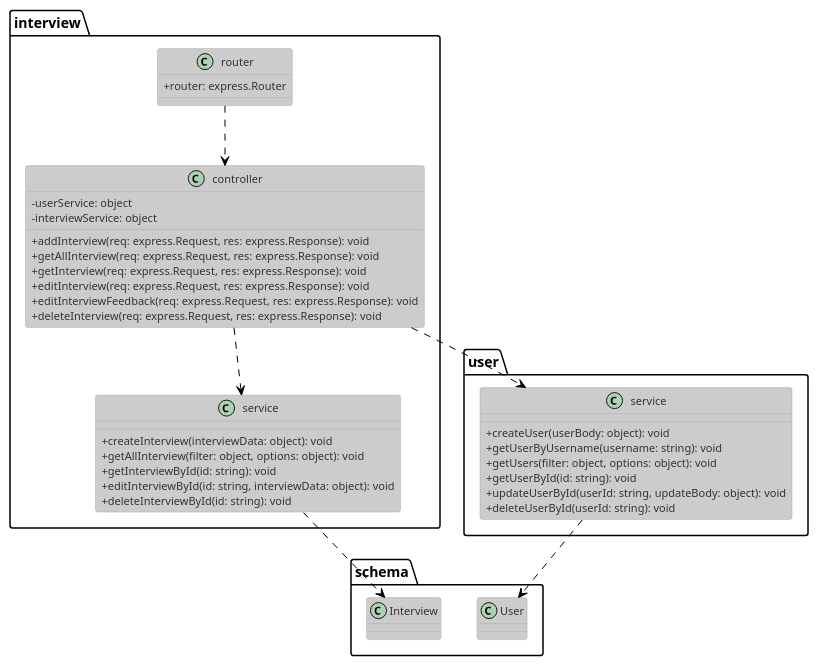
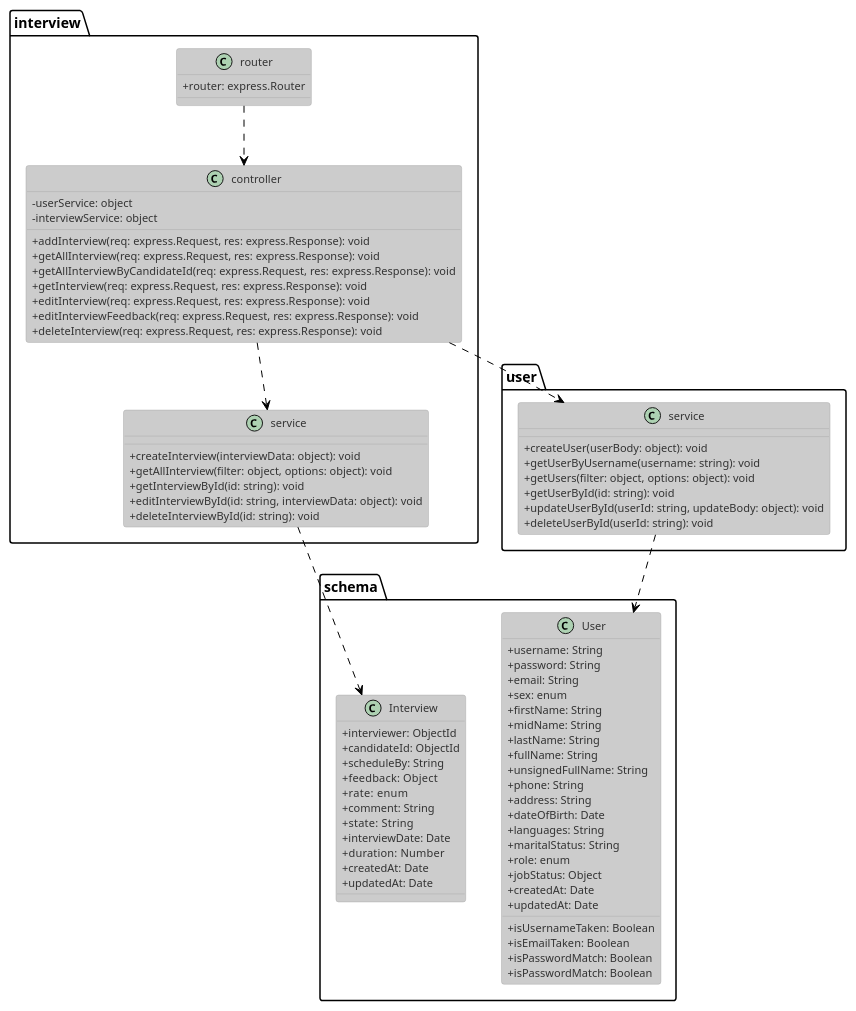
One commit to tuannm99/RMS changed the diagram in plantuml/class/interview.puml. Above: the diagram before and after it, drawn with PlantUML. The commit also changed 8 other files, not shown here.

```diff
--- a/plantuml/class/interview.puml
+++ b/plantuml/class/interview.puml
@@ -1,52 +1,85 @@
 @startuml interviewClass
 !theme reddress-lightblue
 
 skinparam classAttributeIconSize 0
 class interview.controller{
   - {field} userService: object
   - {field} interviewService: object
 
   + {method} addInterview(req: express.Request, res: express.Response): void
   + {method} getAllInterview(req: express.Request, res: express.Response): void
+  + {method} getAllInterviewByCandidateId(req: express.Request, res: express.Response): void
   + {method} getInterview(req: express.Request, res: express.Response): void
   + {method} editInterview(req: express.Request, res: express.Response): void
   + {method} editInterviewFeedback(req: express.Request, res: express.Response): void
   + {method} deleteInterview(req: express.Request, res: express.Response): void
 }
 
 class interview.service{
   + {method} createInterview(interviewData: object): void
   + {method} getAllInterview(filter: object, options: object): void
   + {method} getInterviewById(id: string): void
   + {method} editInterviewById(id: string, interviewData: object): void
   + {method} deleteInterviewById(id: string): void
 }
 
 class interview.router{
   + {field} router: express.Router
 }
 
 class user.service{
   + {method} createUser(userBody: object): void
   + {method} getUserByUsername(username: string): void
   + {method} getUsers(filter: object, options: object): void
   + {method} getUserById(id: string): void
   + {method} updateUserById(userId: string, updateBody: object): void
   + {method} deleteUserById(userId: string): void
 }
 
 
 class schema.Interview {
-
+  + {field} interviewer: ObjectId
+  + {field} candidateId: ObjectId
+  + {field} scheduleBy: String
+  + {field} feedback:  Object
+  + {field} rate:  enum 
+  + {field} comment: String
+  + {field} state:  String 
+  + {field} interviewDate: Date 
+  + {field} duration:  Number
+  + {field} createdAt: Date
+  + {field} updatedAt: Date
 }
 
 class schema.User {
+  + {field} username: String
+  + {field} password: String
+  + {field} email: String 
+  + {field} sex: enum
+  + {field} firstName: String 
+  + {field} midName: String
+  + {field} lastName: String 
+  + {field} fullName: String 
+  + {field} unsignedFullName: String
+  + {field} phone: String
+  + {field} address: String
+  + {field} dateOfBirth: Date
+  + {field} languages: String
+  + {field} maritalStatus: String
+  + {field} role: enum
+  + {field} jobStatus: Object
+  + {field} createdAt: Date
+  + {field} updatedAt: Date
 
+  + {method} isUsernameTaken: Boolean
+  + {method} isEmailTaken: Boolean
+  + {method} isPasswordMatch: Boolean
+  + {method} isPasswordMatch: Boolean
 }
 
 interview.router ..> interview.controller
 interview.controller ..> interview.service
 interview.controller ..> user.service
 interview.service ..> schema.Interview
 user.service ..> schema.User
 @enduml
```
